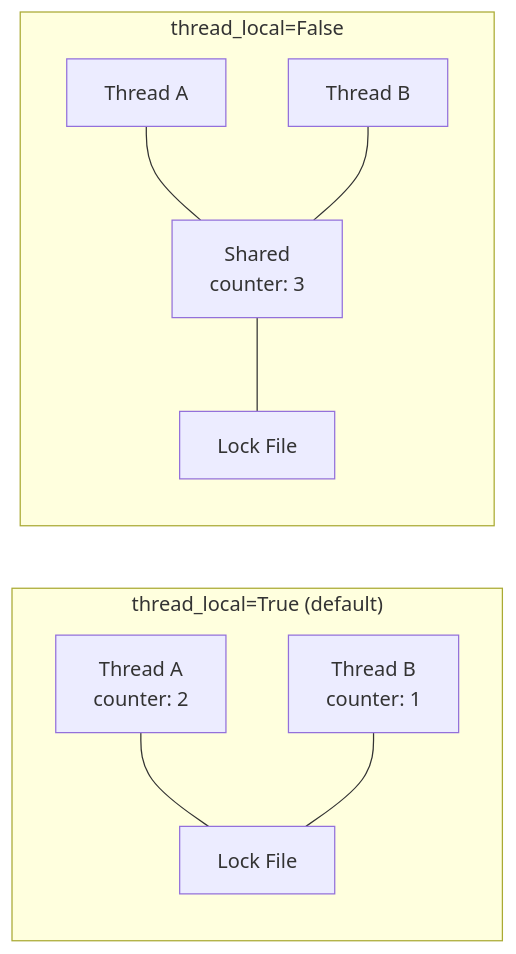
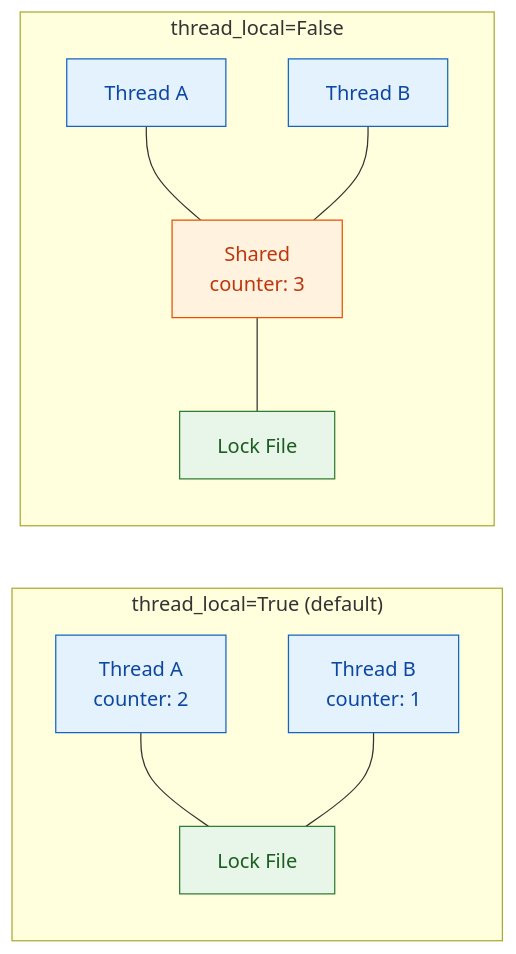
The fourth of 4 diagrams in docs/concepts.rst (tox-dev/filelock), drawn with Mermaid before and after one commit. The commit also changed other lines of this file and 13 other files, not shown here.

```diff
--- a/docs/concepts.rst
+++ b/docs/concepts.rst
@@ -718,12 +746,19 @@
 .. mermaid::
 
     flowchart LR
         subgraph "thread_local=True (default)"
             T1["Thread A<br/>counter: 2"] --- L1["Lock File"]
             T2["Thread B<br/>counter: 1"] --- L1
         end
 
         subgraph "thread_local=False"
             T3["Thread A"] --- SC["Shared<br/>counter: 3"] --- L2["Lock File"]
             T4["Thread B"] --- SC
         end
+
+        classDef thread fill:#e3f2fd,stroke:#1565c0,color:#0d47a1
+        classDef counter fill:#fff3e0,stroke:#e65100,color:#bf360c
+        classDef store fill:#e8f5e9,stroke:#2e7d32,color:#1b5e20
+        class T1,T2,T3,T4 thread
+        class SC counter
+        class L1,L2 store
```
